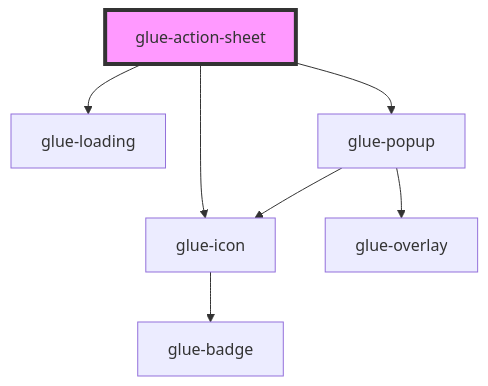
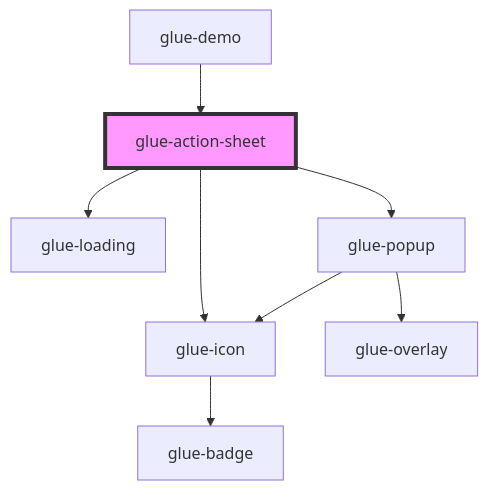
The diagram in packages/glue-components/src/components/glue-action-sheet/readme.md (grasilife/glue), drawn with Mermaid before and after one commit. The commit also changed other lines of this file and 10 other files, not shown here.

````diff
--- a/packages/glue-components/src/components/glue-action-sheet/readme.md
+++ b/packages/glue-components/src/components/glue-action-sheet/readme.md
@@ -57,10 +54,11 @@
 ```mermaid
 graph TD;
   glue-action-sheet --> glue-icon
   glue-action-sheet --> glue-loading
   glue-action-sheet --> glue-popup
   glue-icon --> glue-badge
   glue-popup --> glue-icon
   glue-popup --> glue-overlay
+  glue-demo --> glue-action-sheet
   style glue-action-sheet fill:#f9f,stroke:#333,stroke-width:4px
 ```
````
